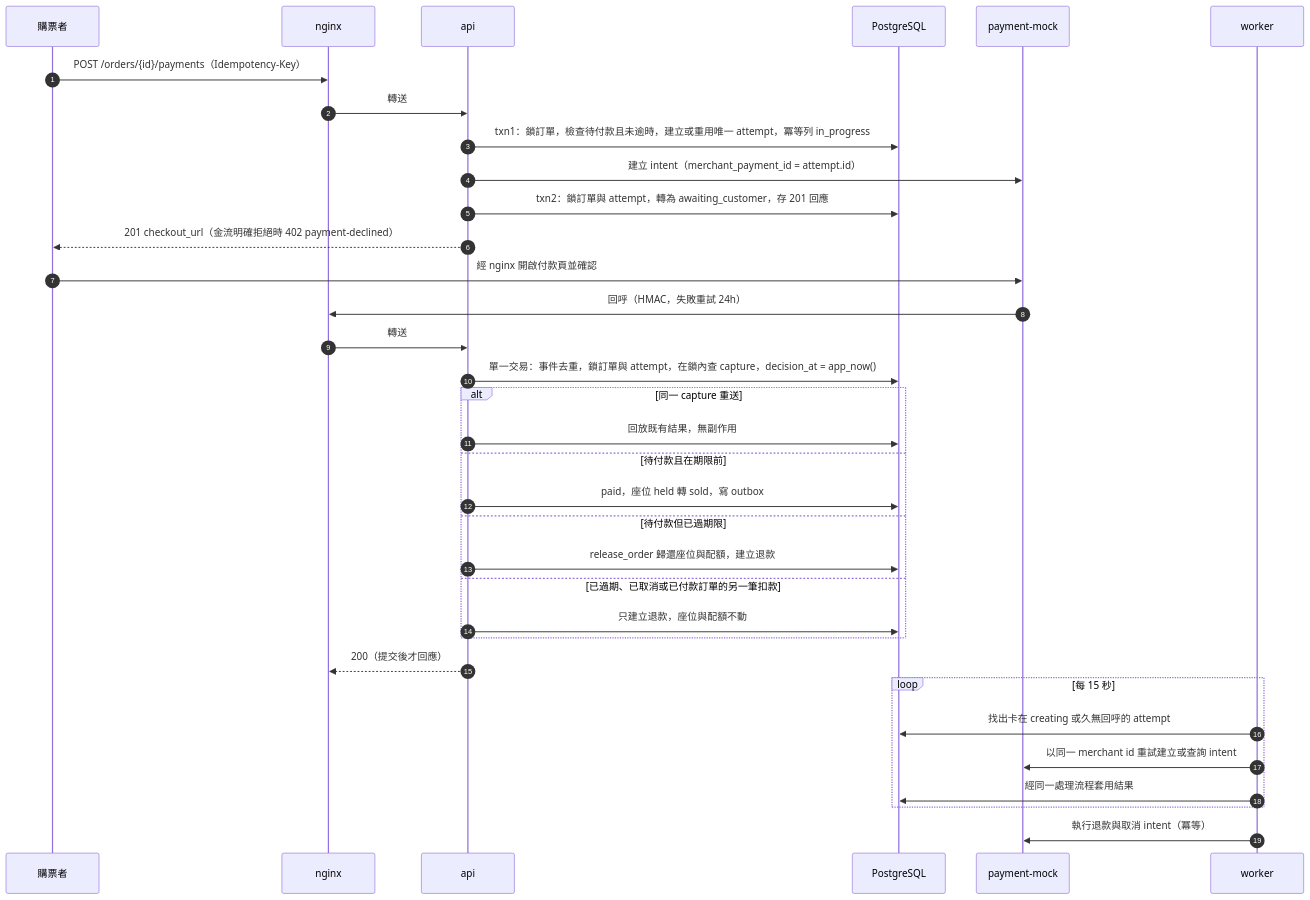
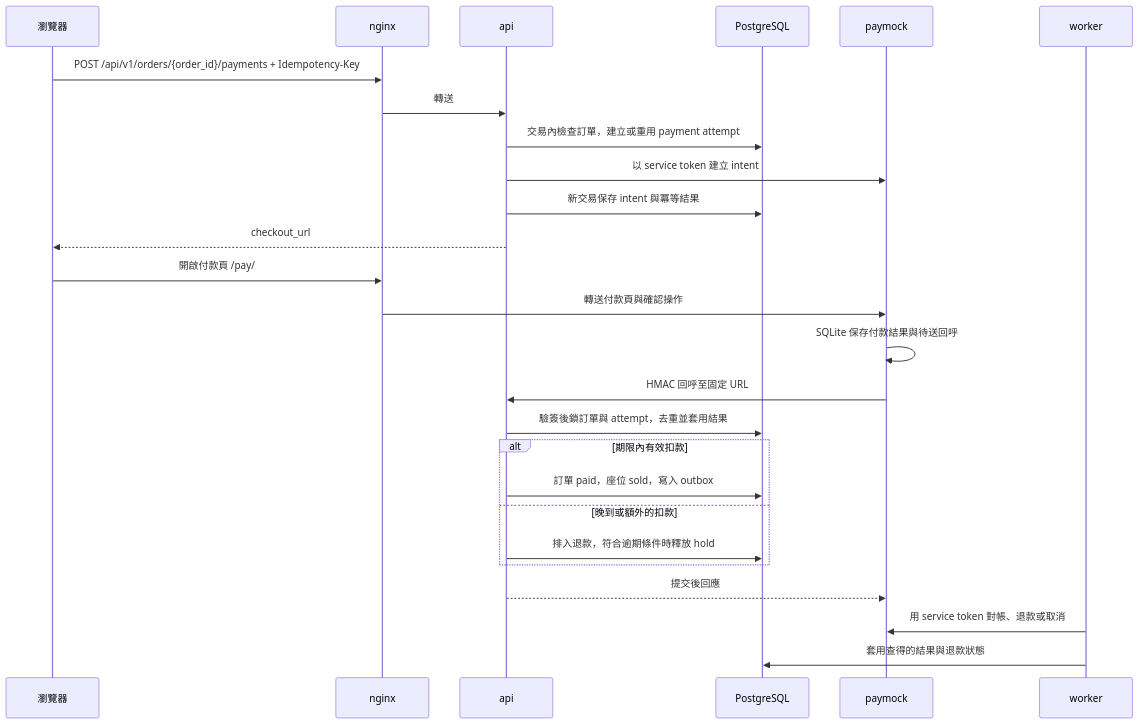
One commit to kaiser0421/wy-project changed the fourth of 5 diagrams in docs/architecture.md. Above: the diagram before and after it, drawn with Mermaid. The commit also changed other lines of this file and 1 other file, not shown here.

Commit message:
docs: describe the deployed architecture and render its diagrams

````diff
--- a/docs/architecture.md
+++ b/docs/architecture.md
@@ -124,36 +107,28 @@
 ```mermaid
 sequenceDiagram
-  autonumber
-  participant C as 購票者
+  participant C as 瀏覽器
   participant N as nginx
   participant A as api
   participant P as PostgreSQL
-  participant M as payment-mock
+  participant M as paymock
   participant W as worker
-  C->>N: POST /orders/{id}/payments（Idempotency-Key）
+  C->>N: POST /api/v1/orders/{order_id}/payments + Idempotency-Key
   N->>A: 轉送
-  A->>P: txn1：鎖訂單，檢查待付款且未逾時，建立或重用唯一 attempt，冪等列 in_progress
-  A->>M: 建立 intent（merchant_payment_id = attempt.id）
-  A->>P: txn2：鎖訂單與 attempt，轉為 awaiting_customer，存 201 回應
-  A-->>C: 201 checkout_url（金流明確拒絕時 402 payment-declined）
-  C->>M: 經 nginx 開啟付款頁並確認
-  M->>N: 回呼（HMAC，失敗重試 24h）
-  N->>A: 轉送
-  A->>P: 單一交易：事件去重，鎖訂單與 attempt，在鎖內查 capture，decision_at = app_now()
-  alt 同一 capture 重送
-    A->>P: 回放既有結果，無副作用
-  else 待付款且在期限前
-    A->>P: paid，座位 held 轉 sold，寫 outbox
-  else 待付款但已過期限
-    A->>P: release_order 歸還座位與配額，建立退款
-  else 已過期、已取消或已付款訂單的另一筆扣款
-    A->>P: 只建立退款，座位與配額不動
+  A->>P: 交易內檢查訂單，建立或重用 payment attempt
+  A->>M: 以 service token 建立 intent
+  A->>P: 新交易保存 intent 與冪等結果
+  A-->>C: checkout_url
+  C->>N: 開啟付款頁 /pay/
+  N->>M: 轉送付款頁與確認操作
+  M->>M: SQLite 保存付款結果與待送回呼
+  M->>A: HMAC 回呼至固定 URL
+  A->>P: 驗簽後鎖訂單與 attempt，去重並套用結果
+  alt 期限內有效扣款
+    A->>P: 訂單 paid，座位 sold，寫入 outbox
+  else 晚到或額外的扣款
+    A->>P: 排入退款，符合逾期條件時釋放 hold
   end
-  A-->>N: 200（提交後才回應）
-  loop 每 15 秒
-    W->>P: 找出卡在 creating 或久無回呼的 attempt
-    W->>M: 以同一 merchant id 重試建立或查詢 intent
-    W->>P: 經同一處理流程套用結果
-  end
-  W->>M: 執行退款與取消 intent（冪等）
+  A-->>M: 提交後回應
+  W->>M: 用 service token 對帳、退款或取消
+  W->>P: 套用查得的結果與退款狀態
 ```
````
